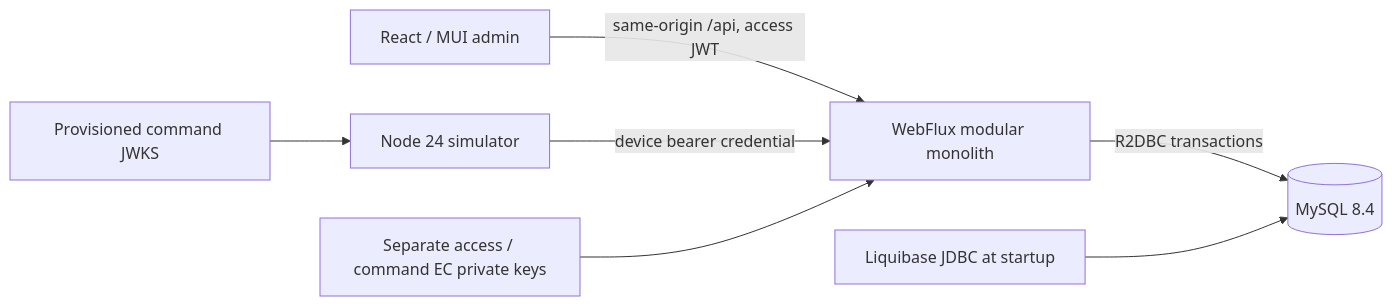
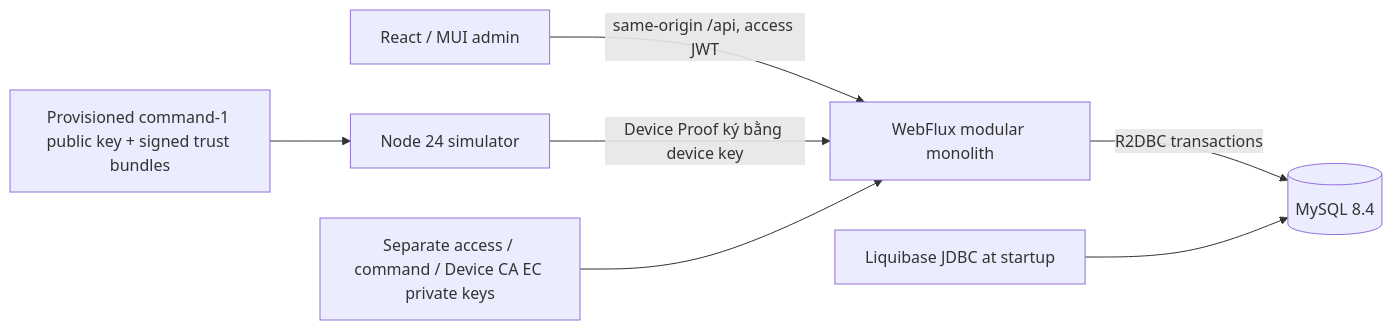
The first of 2 diagrams in docs/ARCHITECTURE.md (anhtran8301/secure-mdm), drawn with Mermaid before and after one commit. The commit also changed other lines of this file and 7 other files, not shown here.

````diff
--- a/docs/ARCHITECTURE.md
+++ b/docs/ARCHITECTURE.md
@@ -3,9 +3,9 @@
 ```mermaid
 flowchart LR
   A[React / MUI admin] -->|same-origin /api, access JWT| B[WebFlux modular monolith]
-  S[Node 24 simulator] -->|device bearer credential| B
+  S[Node 24 simulator] -->|Device Proof ký bằng device key| B
   B -->|R2DBC transactions| D[(MySQL 8.4)]
   L[Liquibase JDBC at startup] --> D
-  K[Separate access / command EC private keys] --> B
-  T[Provisioned command JWKS] --> S
+  K[Separate access / command / Device CA EC private keys] --> B
+  T[Provisioned command-1 public key + signed trust bundles] --> S
 ```
````
